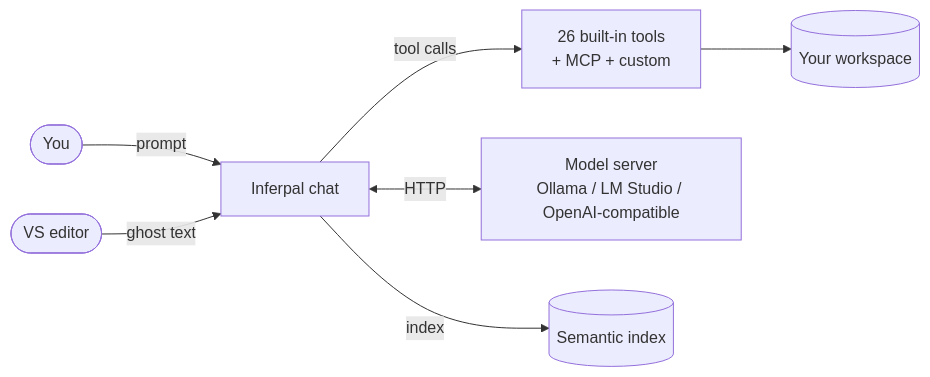
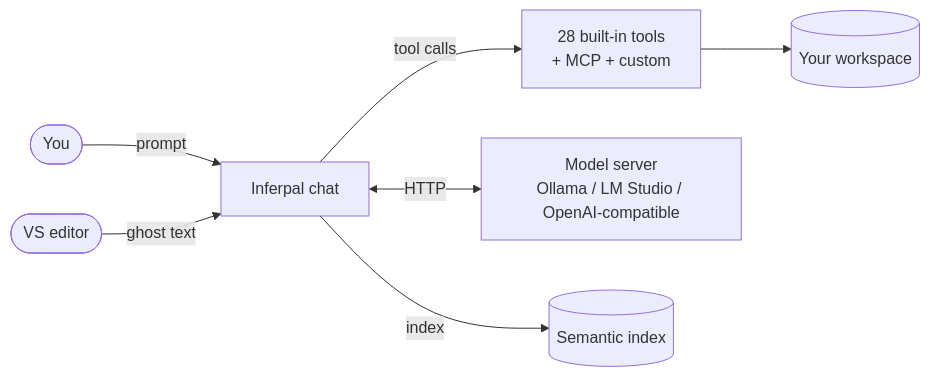
One commit to EstaxNet/Inferpal changed the diagram in docs/README.md. Above: the diagram before and after it, drawn with Mermaid. The commit also changed other lines of this file and 64 other files, not shown here.

````diff
--- a/docs/README.md
+++ b/docs/README.md
@@ -23,9 +23,9 @@
 ```mermaid
 flowchart LR
     user([You]) -->|prompt| chat[Inferpal chat]
-    chat -->|tool calls| tools[26 built-in tools<br/>+ MCP + custom]
+    chat -->|tool calls| tools[28 built-in tools<br/>+ MCP + custom]
     chat <-->|HTTP| provider[Model server<br/>Ollama / LM Studio / OpenAI-compatible]
     tools --> ws[(Your workspace)]
     editor([VS editor]) -->|ghost text| chat
     chat -->|index| rag[(Semantic index)]
 ```
````
